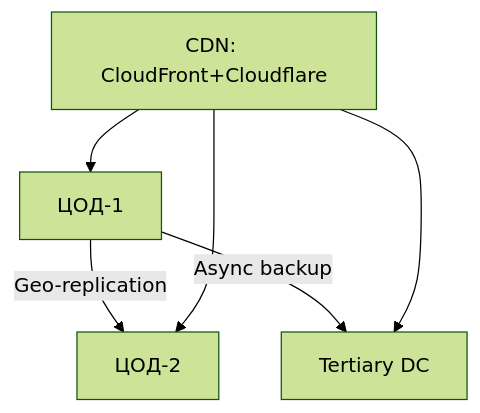
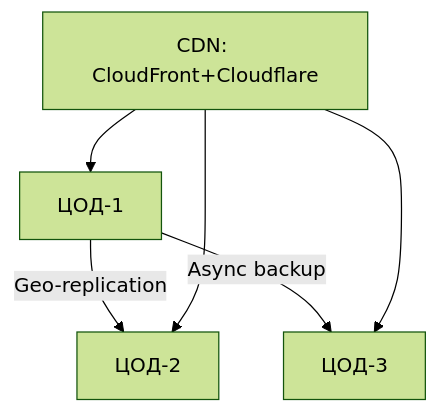
The second of 4 diagrams in architecture/basic-architecture.md (andreyantropov/architect-coursework), drawn with Mermaid (forest theme) before and after one commit. The commit also changed 1 other file, not shown here.

Commit message:
refactor: Поправлена структура документа.

````diff
--- a/architecture/basic-architecture.md
+++ b/architecture/basic-architecture.md
@@ -114,8 +114,8 @@
 ```mermaid
 graph TD
     A[ЦОД-1] -->|Geo-replication| B[ЦОД-2]
-    A -->|Async backup| C[Tertiary DC]
+    A -->|Async backup| C[ЦОД-3]
     D[CDN: CloudFront+Cloudflare] --> A
     D --> B
     D --> C
 ```
````
